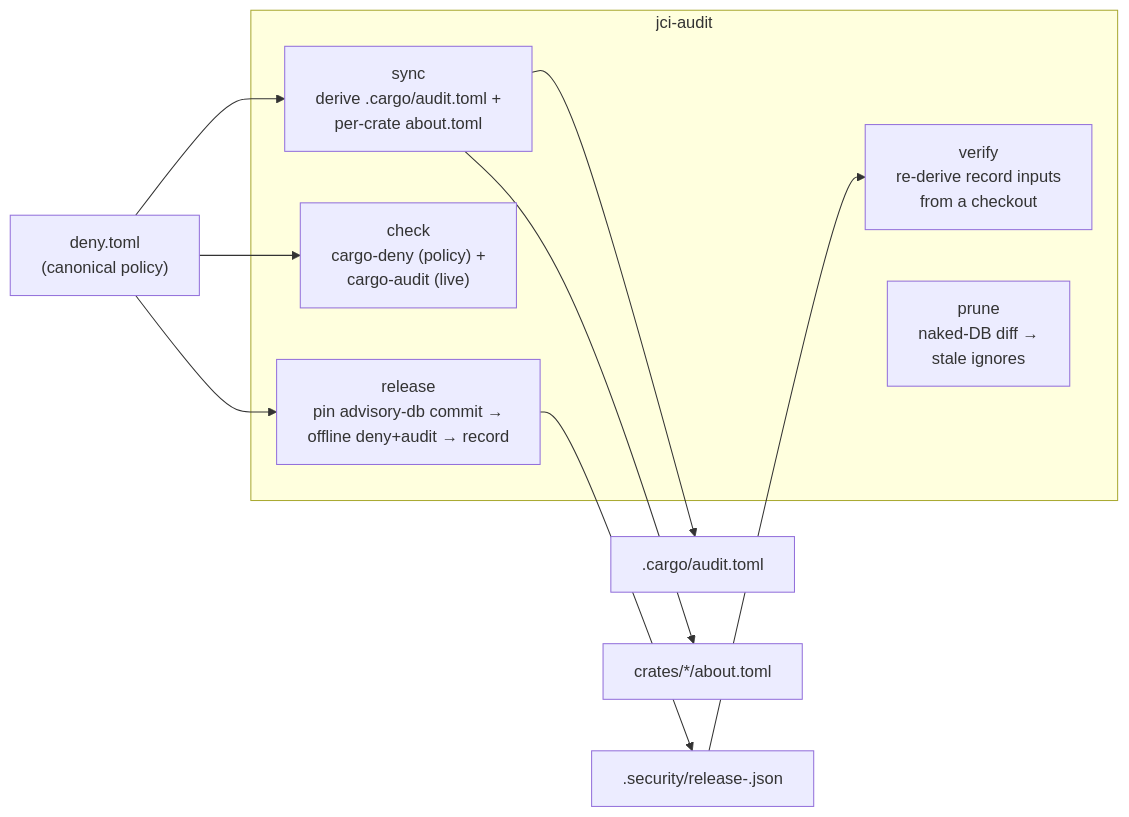
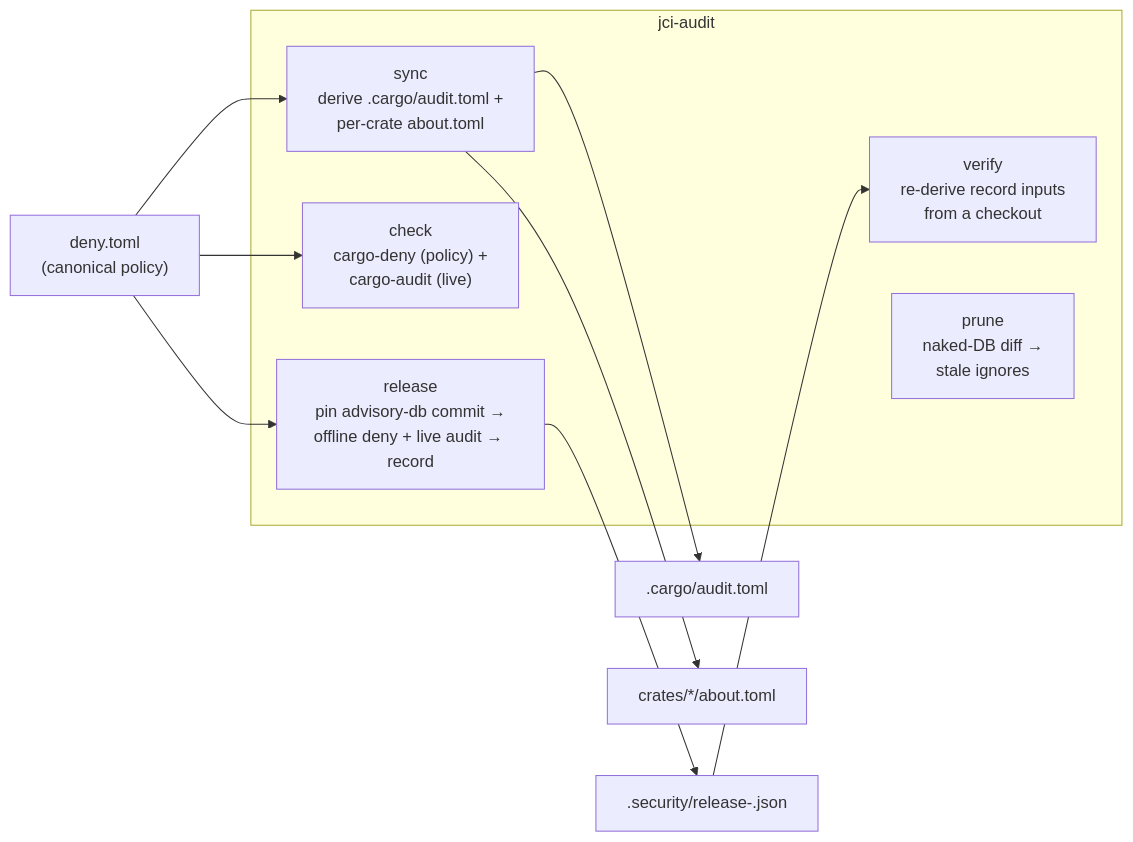
One commit to jerus-org/jci-audit changed the diagram in docs/architecture.md. Above: the diagram before and after it, drawn with Mermaid. The commit also changed other lines of this file and 20 other files, not shown here.

````diff
--- a/docs/architecture.md
+++ b/docs/architecture.md
@@ -27,17 +27,17 @@
 ```mermaid
 flowchart LR
     DENY["deny.toml\n(canonical policy)"] --> SYNC
     DENY --> CHECK
     DENY --> RELEASE
     subgraph "jci-audit"
         SYNC["sync\nderive .cargo/audit.toml +\nper-crate about.toml"]
         CHECK["check\ncargo-deny (policy) +\ncargo-audit (live)"]
-        RELEASE["release\npin advisory-db commit →\noffline deny+audit → record"]
+        RELEASE["release\npin advisory-db commit →\noffline deny + live audit → record"]
         VERIFY["verify\nre-derive record inputs\nfrom a checkout"]
         PRUNE["prune\nnaked-DB diff →\nstale ignores"]
     end
     SYNC --> AUDITTOML[".cargo/audit.toml"]
     SYNC --> ABOUTTOML["crates/*/about.toml"]
     RELEASE --> RECORD[".security/release-<version>.json"]
     RECORD --> VERIFY
 ```
````
